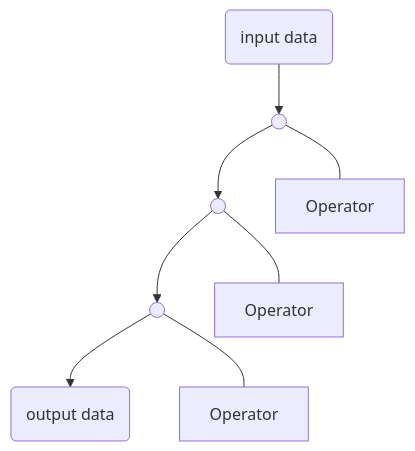
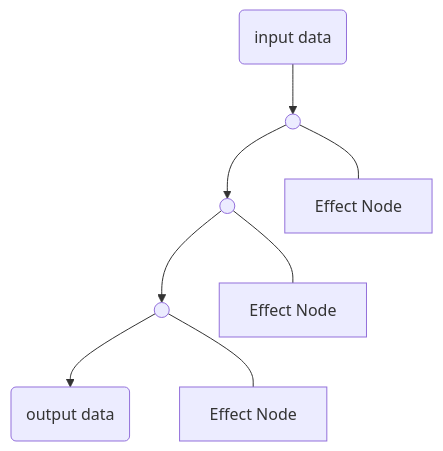
One commit to windwhiterain/Elf changed the first of 18 diagrams in readme.md. Above: the diagram before and after it, drawn with Mermaid. The commit also changed other lines of this file, not shown here.

````diff
--- a/readme.md
+++ b/readme.md
@@ -45,15 +48,15 @@
 ```mermaid
 graph TB
     inp(input data)
     oup(output data)
     o1(( ))
     o2(( ))
     o3(( ))
-    op1[Operator]
-    op2[Operator]
-    op3[Operator]
+    op1[Effect Node]
+    op2[Effect Node]
+    op3[Effect Node]
     inp-->o1-->o2-->o3-->oup
     o1--- op1
     o2--- op2
     o3--- op3
 ```
````
